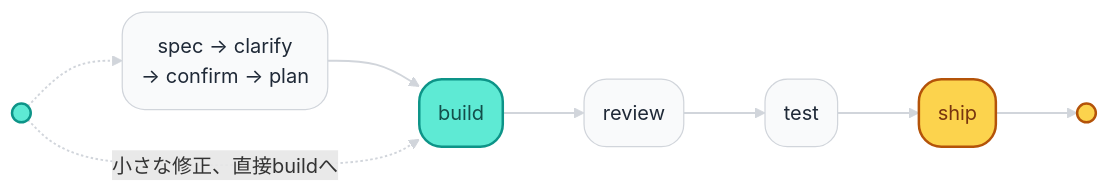
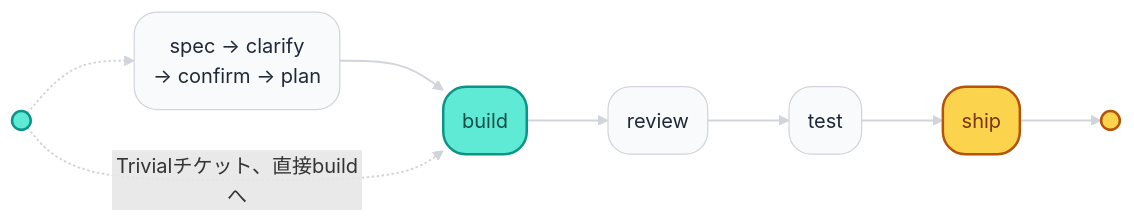
The diagram in README.ja.md (ninhlee99/dev-workflow), drawn with Mermaid before and after one commit. The commit also changed other lines of this file and 9 other files, not shown here.

````diff
--- a/README.ja.md
+++ b/README.ja.md
@@ -49,11 +49,11 @@
 ```mermaid
 %%{init: {"flowchart": {"curve": "basis", "nodeSpacing": 45, "rankSpacing": 65}}}%%
 flowchart LR
     start((" ")):::fast -.-> spec("spec → clarify\n→ confirm → plan"):::default --> build("build"):::fast --> review("review"):::default --> test("test"):::default --> ship("ship"):::gate --> audit((" ")):::gate
-    start -. 小さな修正、直接buildへ .-> build
+    start -. Trivialチケット、直接buildへ .-> build
 
     classDef default fill:#f9fafb,stroke:#d1d5db,stroke-width:1px,color:#1f2937,rx:18,ry:18;
     classDef fast fill:#5eead4,stroke:#0d9488,stroke-width:2px,color:#134e4a;
     classDef gate fill:#fcd34d,stroke:#b45309,stroke-width:2px,color:#78350f;
     linkStyle default stroke:#d1d5db,stroke-width:1.5px
 ```
````
